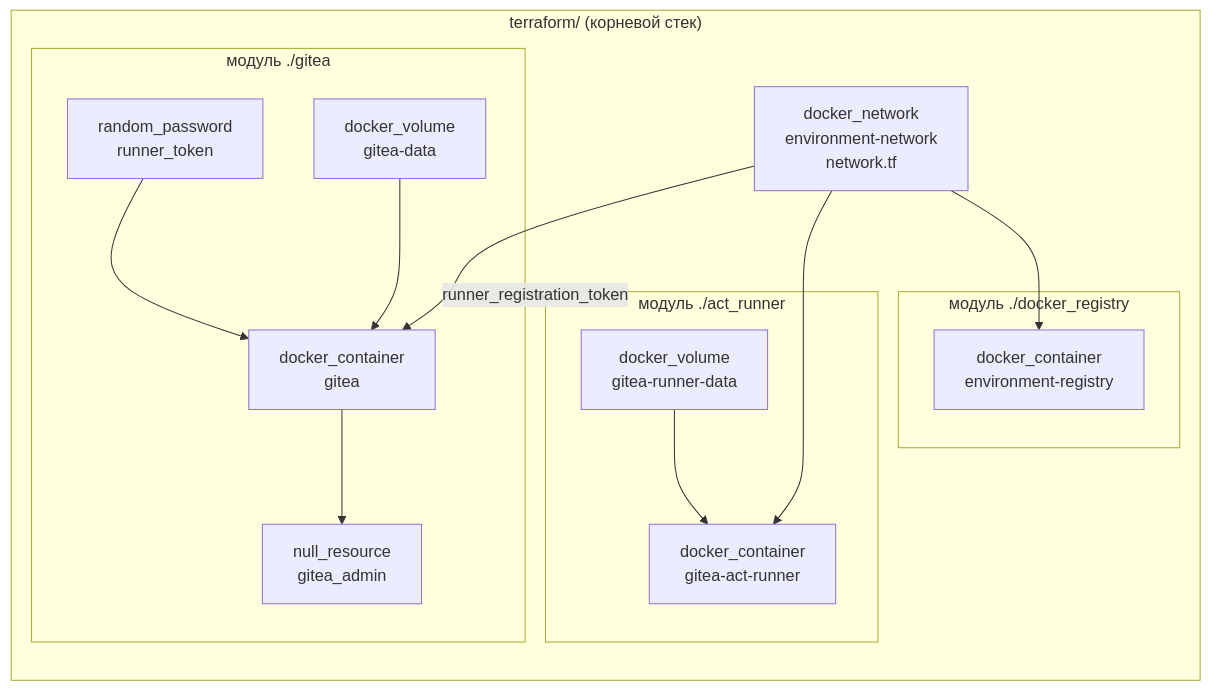
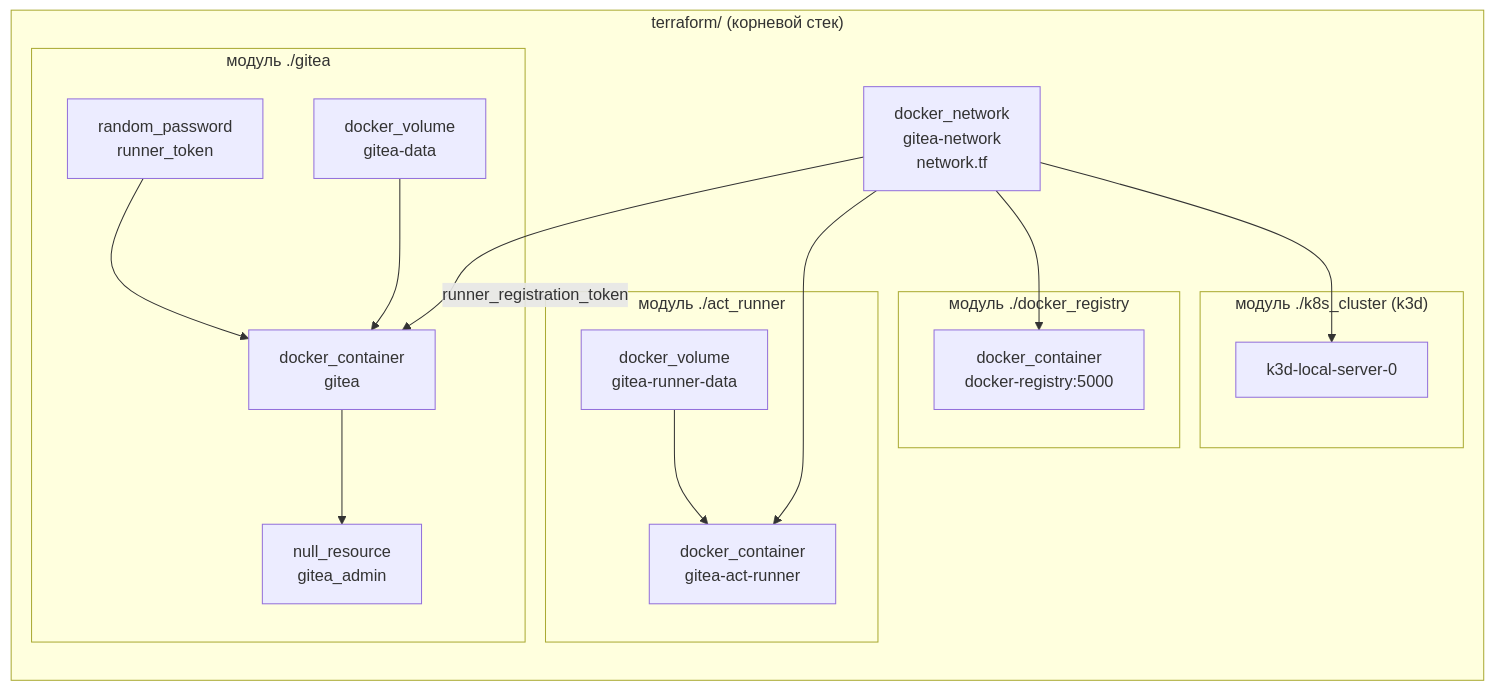
The second of 4 diagrams in documentation/EnvironmentObsidian/Схема проекта.md (KRTone/environment), drawn with Mermaid before and after one commit. The commit also changed other lines of this file and 28 other files, not shown here.

````diff
--- a/documentation/EnvironmentObsidian/Схема проекта.md
+++ b/documentation/EnvironmentObsidian/Схема проекта.md
@@ -53,27 +53,31 @@
 ```mermaid
 flowchart LR
     subgraph Root["terraform/ (корневой стек)"]
-        N[docker_network<br/>environment-network<br/>network.tf]
+        N[docker_network<br/>gitea-network<br/>network.tf]
         subgraph ModGitea["модуль ./gitea"]
             R1[random_password<br/>runner_token]
             VG[docker_volume<br/>gitea-data]
             C1[docker_container<br/>gitea]
             A[null_resource<br/>gitea_admin]
             R1 --> C1
             VG --> C1
             C1 --> A
         end
         subgraph ModRunner["модуль ./act_runner"]
             VR[docker_volume<br/>gitea-runner-data]
             C2[docker_container<br/>gitea-act-runner]
             VR --> C2
         end
         subgraph ModRegistry["модуль ./docker_registry"]
-            C3[docker_container<br/>environment-registry]
+            C3[docker_container<br/>docker-registry:5000]
+        end
+        subgraph ModK8s["модуль ./k8s_cluster (k3d)"]
+            C4[k3d-local-server-0]
         end
         N --> C1
         N --> C2
         N --> C3
+        N --> C4
         ModGitea -->|"runner_registration_token"| ModRunner
     end
 ```
````
